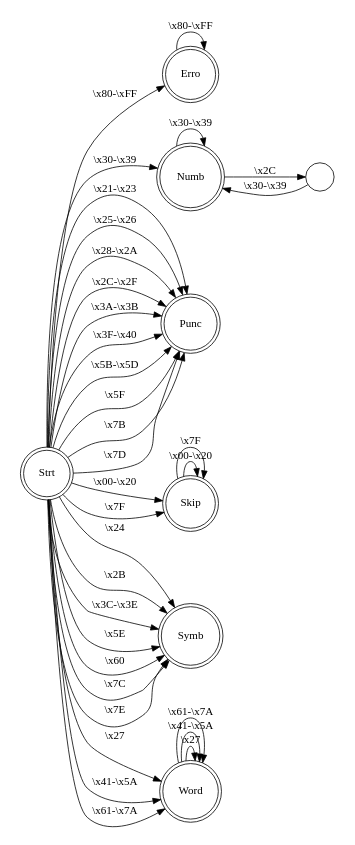
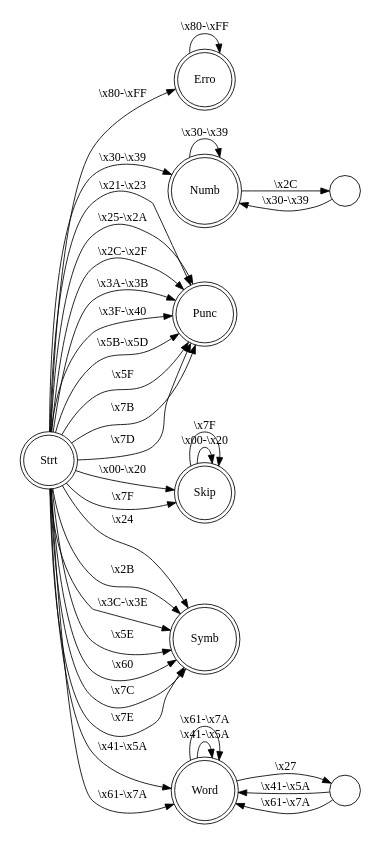
Before and after one commit to rhdunn/cainteoir-engine: the diagram in data/parsetext-fsm.dot, drawn with Graphviz. The commit also changed 3 other files, not shown here.

```diff
--- a/data/parsetext-fsm.dot
+++ b/data/parsetext-fsm.dot
@@ -1,54 +1,56 @@
 digraph "Text Parsing Finite State Machine" {
 
 	rankdir=LR;
 	size="8,5";
 
 	_  [label="Strt", shape=doublecircle] // Start
 	E  [label="Erro", shape=doublecircle] // Error
 	N  [label="Numb", shape=doublecircle] // Number
 	N0 [label="",     shape=circle]
 	P  [label="Punc", shape=doublecircle] // Punctuation
 	S  [label="Skip", shape=doublecircle]
 	Y  [label="Symb", shape=doublecircle] // Symbol
 	W  [label="Word", shape=doublecircle]
+	W0 [label="",     shape=circle]
 
 	_  -> S  [label="\\x00-\\x20"]
 	_  -> P  [label="\\x21-\\x23"]
 	_  -> Y  [label="\\x24"]
-	_  -> P  [label="\\x25-\\x26"]
-	_  -> W  [label="\\x27"]
-	_  -> P  [label="\\x28-\\x2A"]
+	_  -> P  [label="\\x25-\\x2A"]
 	_  -> Y  [label="\\x2B"]
 	_  -> P  [label="\\x2C-\\x2F"]
 	_  -> N  [label="\\x30-\\x39"]
 	_  -> P  [label="\\x3A-\\x3B"]
 	_  -> Y  [label="\\x3C-\\x3E"]
 	_  -> P  [label="\\x3F-\\x40"]
 	_  -> W  [label="\\x41-\\x5A"]
 	_  -> P  [label="\\x5B-\\x5D"]
 	_  -> Y  [label="\\x5E"]
 	_  -> P  [label="\\x5F"]
 	_  -> Y  [label="\\x60"]
 	_  -> W  [label="\\x61-\\x7A"]
 	_  -> P  [label="\\x7B"]
 	_  -> Y  [label="\\x7C"]
 	_  -> P  [label="\\x7D"]
 	_  -> Y  [label="\\x7E"]
 	_  -> S  [label="\\x7F"]
 	_  -> E  [label="\\x80-\\xFF"]
 
 	E  -> E  [label="\\x80-\\xFF"]
 
 	N  -> N0 [label="\\x2C"]
 	N  -> N  [label="\\x30-\\x39"]
 
 	N0 -> N  [label="\\x30-\\x39"]
 
 	S  -> S  [label="\\x00-\\x20"]
 	S  -> S  [label="\\x7F"]
 
-	W  -> W  [label="\\x27"]
+	W  -> W0 [label="\\x27"]
 	W  -> W  [label="\\x41-\\x5A"]
 	W  -> W  [label="\\x61-\\x7A"]
 
+	W0 -> W  [label="\\x41-\\x5A"]
+	W0 -> W  [label="\\x61-\\x7A"]
+
 }
```
